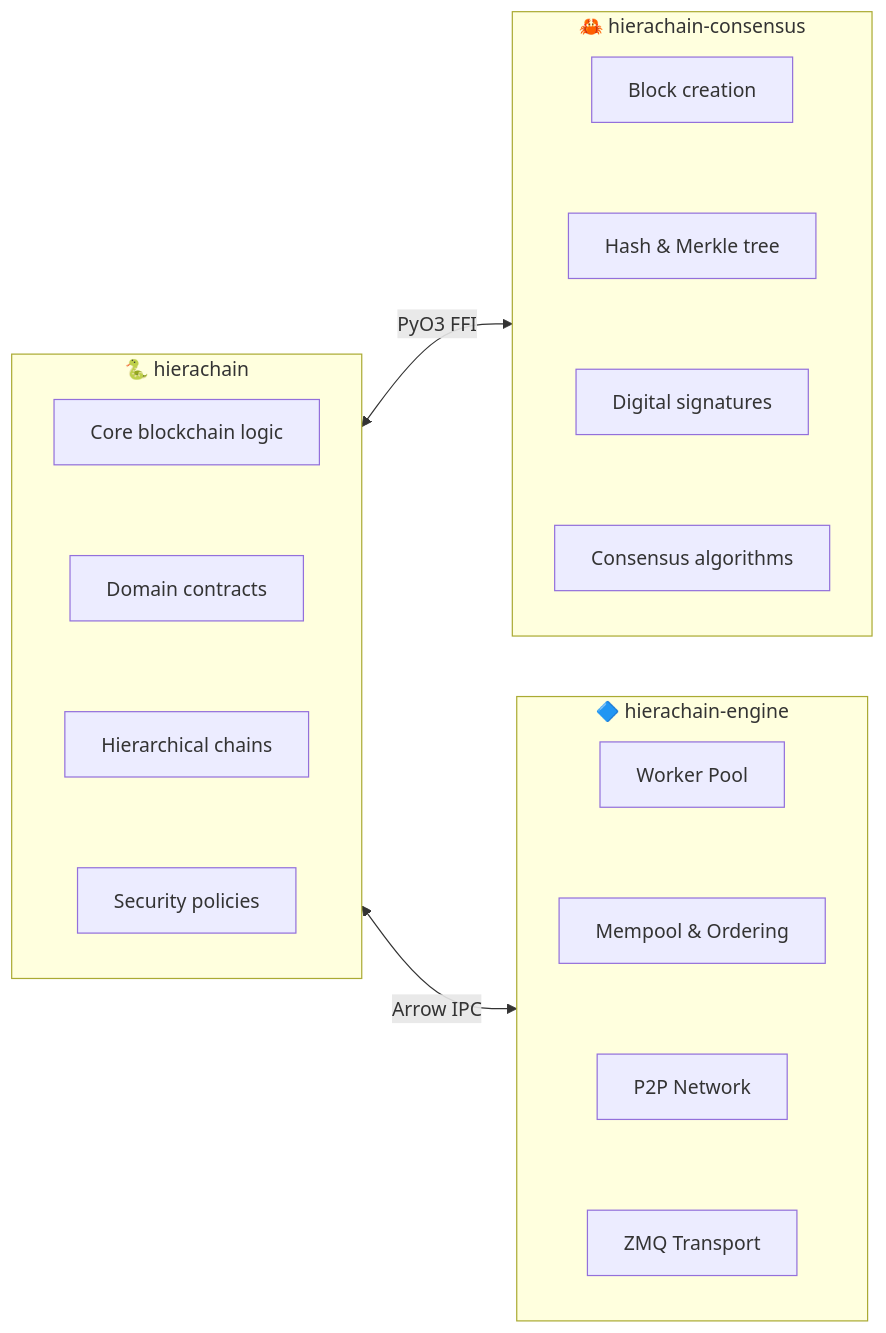
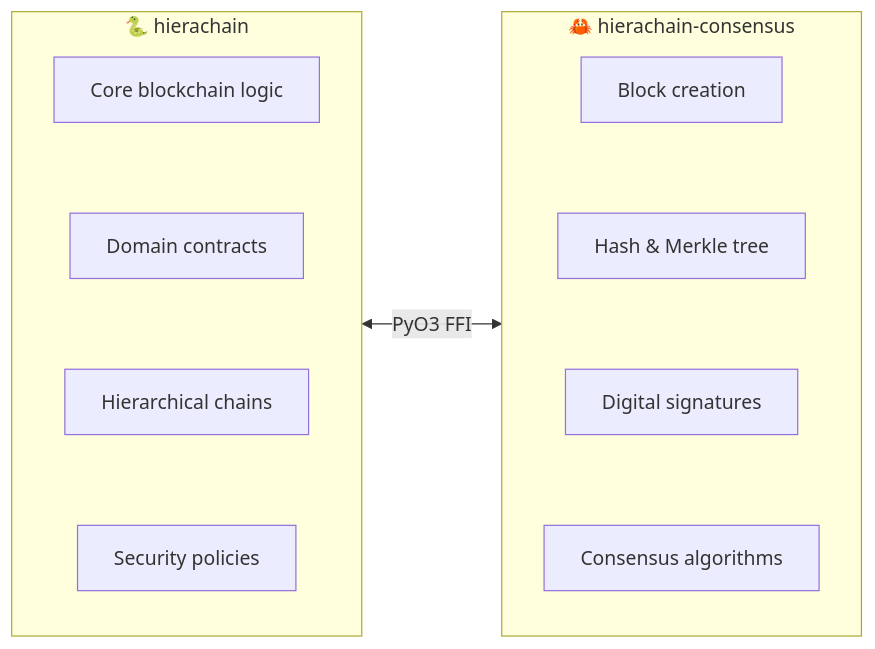
Before and after one commit to VanDung-dev/HieraChain: the third of 14 diagrams in ARCHITECTURE.md, drawn with Mermaid. The commit also changed other lines of this file and 2 other files, not shown here.

First line of the commit message:
docs: remove references to Go Engine and update version badge

````diff
--- a/ARCHITECTURE.md
+++ b/ARCHITECTURE.md
@@ -69,32 +61,22 @@
 ```mermaid
 flowchart LR
     subgraph HP["🐍 hierachain"]
         direction TB
         HP1["Core blockchain logic"]
         HP2["Domain contracts"]
         HP3["Hierarchical chains"]
         HP4["Security policies"]
         HP1~~~HP2~~~HP3~~~HP4
-    end
-
-    subgraph HE["🔷 hierachain-engine"]
-        direction TB
-        HE1["Worker Pool"]
-        HE2["Mempool & Ordering"]
-        HE3["P2P Network"]
-        HE4["ZMQ Transport"]
-        HE1~~~HE2~~~HE3~~~HE4
     end
 
     subgraph HC["🦀 hierachain-consensus"]
         direction TB
         HC1["Block creation"]
         HC2["Hash & Merkle tree"]
         HC3["Digital signatures"]
         HC4["Consensus algorithms"]
         HC1~~~HC2~~~HC3~~~HC4
     end
 
     HP <-->|"PyO3 FFI"| HC
-    HP <-->|"Arrow IPC"| HE
 ```
````
